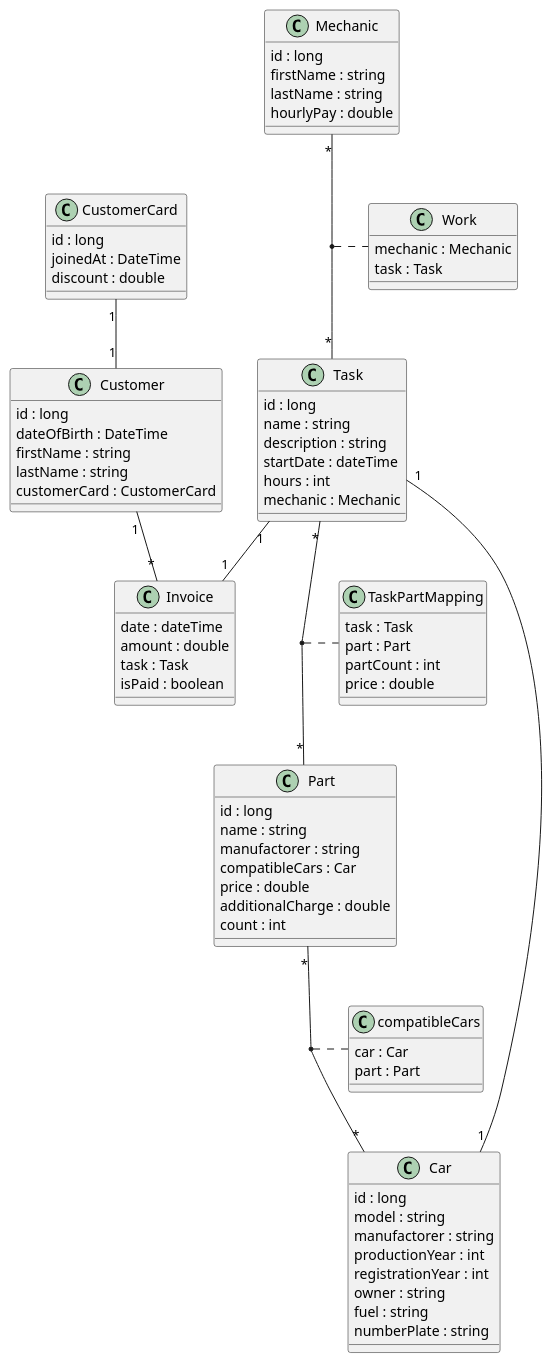
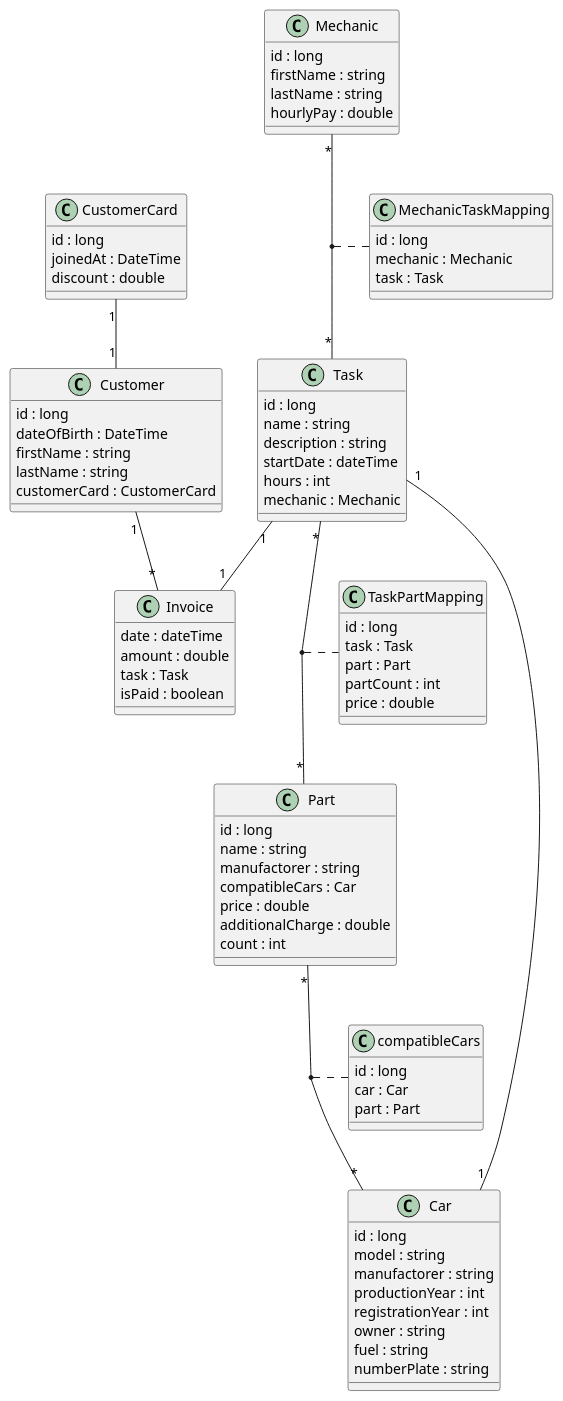
Before and after one commit to oliver-420/Workshop-System: the diagram in documents/cld.adoc, drawn with PlantUML.

Commit message:
updated cld

```diff
--- a/documents/cld.adoc
+++ b/documents/cld.adoc
@@ -63,18 +63,21 @@
 }
 
 class compatibleCars {
+    id : long
     car : Car
     part : Part
 }
 
 class TaskPartMapping {
+    id : long
     task : Task
     part : Part
     partCount : int
     price : double
 }
 
-class Work {
+class MechanicTaskMapping {
+    id : long
     mechanic : Mechanic
     task : Task
 }
@@ -83,7 +86,7 @@
 (Car, Part) .. compatibleCars
 CustomerCard "1" -- "1" Customer
 Mechanic "*" -- "*" Task
-(Mechanic, Task) .. Work
+(Mechanic, Task) .. MechanicTaskMapping
 Task "*" -- "*" Part
 (Task, Part) .. TaskPartMapping
 Task "1"--"1" Invoice
```
